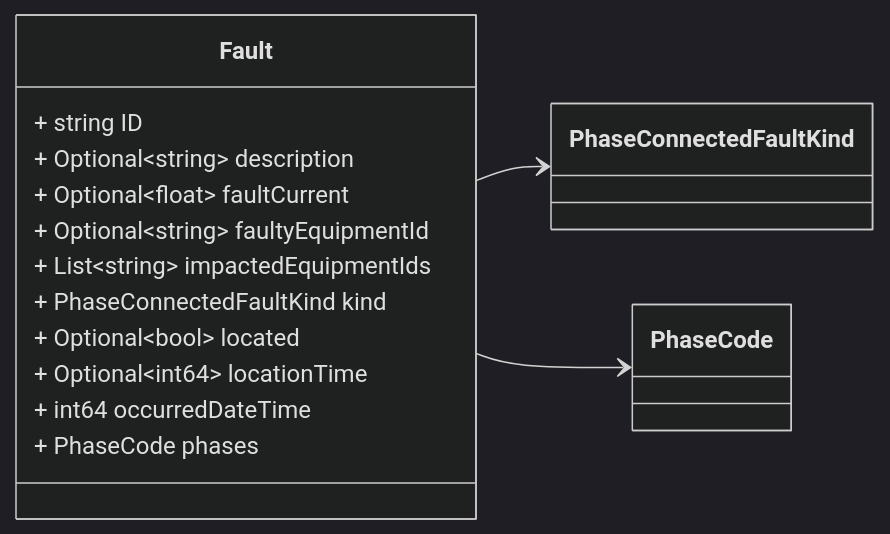
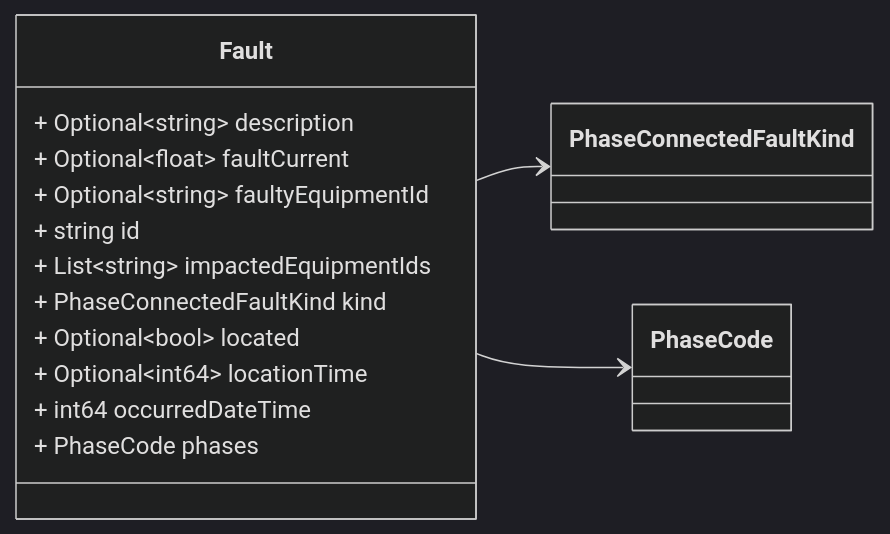
The third of 5 diagrams in docs/fault.proto.md (zaphiro-technologies/protobuf), drawn with Mermaid (dark theme) before and after one commit. The commit also changed other lines of this file and 7 other files, not shown here.

````diff
--- a/docs/fault.proto.md
+++ b/docs/fault.proto.md
@@ -135,25 +135,30 @@
 ```mermaid
 classDiagram
 direction LR
 
 %% Abnormal condition causing current flow through conducting equipment, such as caused by equipment failure or short circuits from objects not typically modelled (for example, a tree falling on a line).
 %% 
 %% This message is modeled after [CIM Fault](https://zepben.github.io/evolve/docs/cim/cim100/TC57CIM/IEC61970/Base/Faults/Fault) according to the extensions defined in the [fault-data-storage](https://github.com/zaphiro-technologies/architecture/blob/main/features/31-fault-data-storage.md#data-structures) feature.
 %% 
+%% Headers used in rabbitMQ:
+%% * `id`: id of the `Fault`
+%% * `type`: always `Fault`
+%% * `producerId`: the id of the producer (e.g. a PMU) linked to the notification.
+%% 
 
 class Fault {
-  + string ID
   + Optional~string~ description
   + Optional~float~ faultCurrent
   + Optional~string~ faultyEquipmentId
+  + string id
   + List~string~ impactedEquipmentIds
   + PhaseConnectedFaultKind kind
   + Optional~bool~ located
   + Optional~int64~ locationTime
   + int64 occurredDateTime
   + PhaseCode phases
 }
 Fault --> `PhaseConnectedFaultKind`
 Fault --> `PhaseCode`
 
 ```
````
